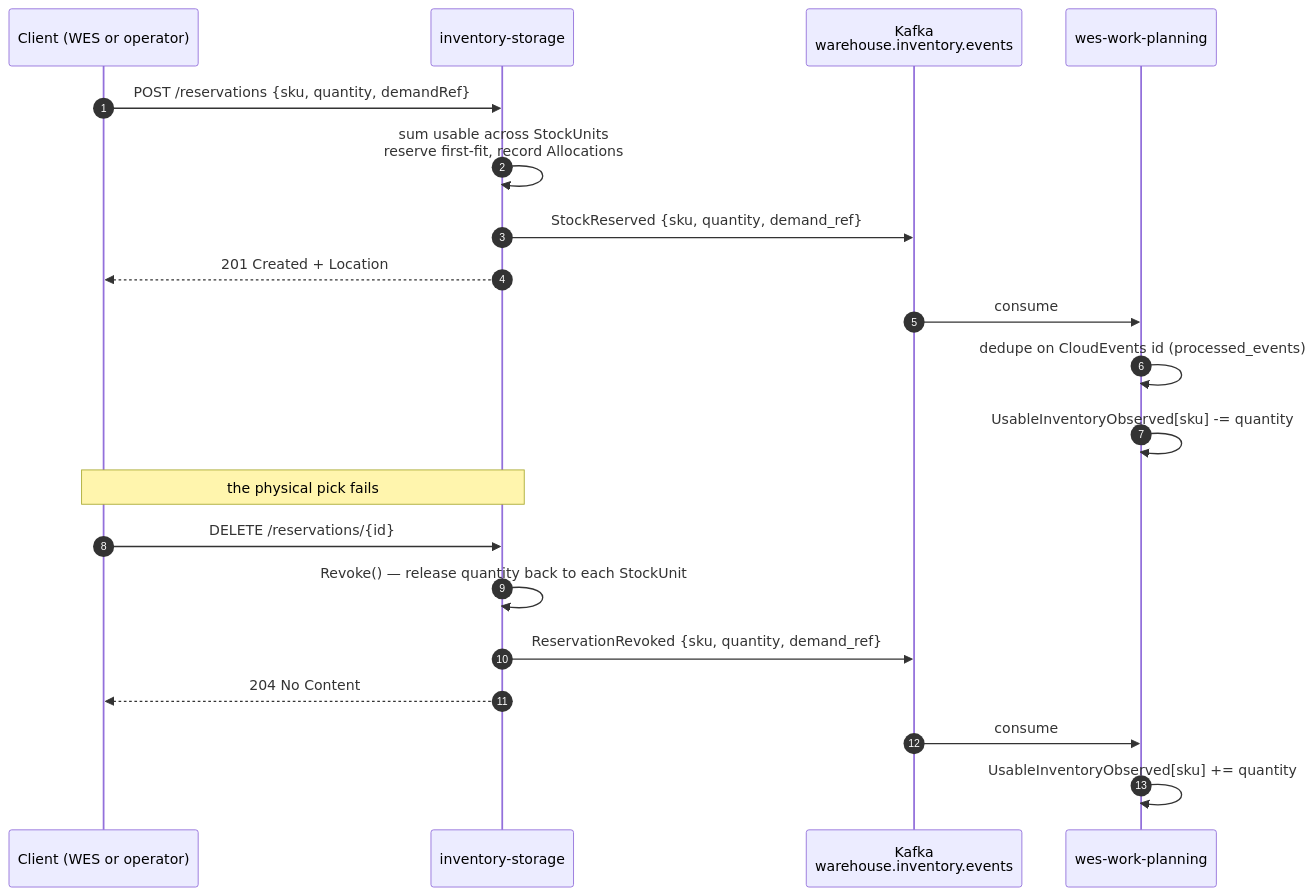
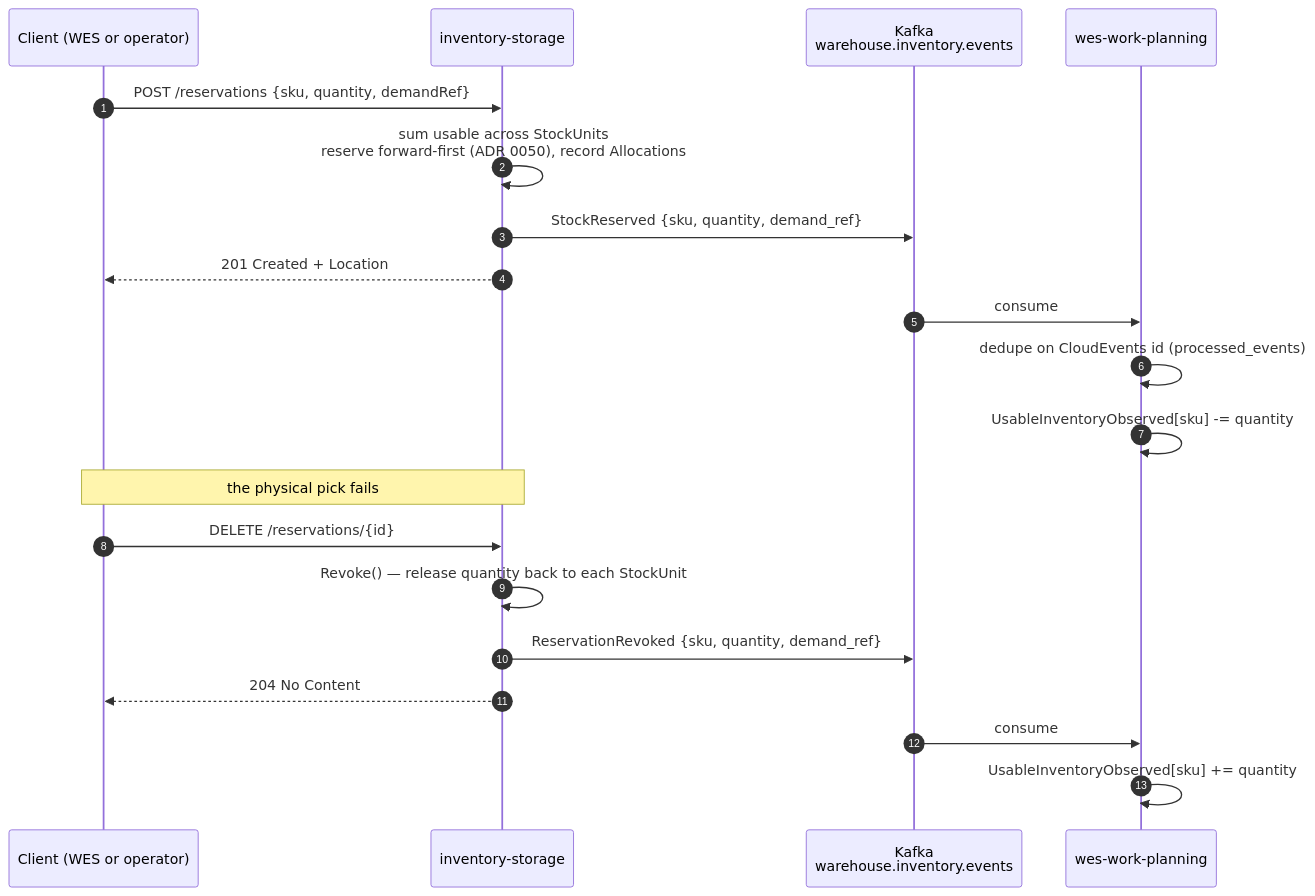
Before and after one commit to IQVO/inventory-storage: the diagram in docs/docs/ecosystem/integration.md, drawn with Mermaid. The commit also changed 29 other files, not shown here.

Commit message:
feat(allocation): reservations draw the forward pick face first (ADR 0050), fed by SlotPlanApproved

````diff
--- a/docs/docs/ecosystem/integration.md
+++ b/docs/docs/ecosystem/integration.md
@@ -228,24 +228,24 @@
 ```mermaid
 sequenceDiagram
     autonumber
     participant C as Client (WES or operator)
     participant I as inventory-storage
     participant K as Kafka<br/>warehouse.inventory.events
     participant W as wes-work-planning
 
     C->>I: POST /reservations {sku, quantity, demandRef}
-    I->>I: sum usable across StockUnits<br/>reserve first-fit, record Allocations
+    I->>I: sum usable across StockUnits<br/>reserve forward-first (ADR 0050), record Allocations
     I->>K: StockReserved {sku, quantity, demand_ref}
     I-->>C: 201 Created + Location
     K->>W: consume
     W->>W: dedupe on CloudEvents id (processed_events)
     W->>W: UsableInventoryObserved[sku] -= quantity
 
     Note over C,I: the physical pick fails
     C->>I: DELETE /reservations/{id}
     I->>I: Revoke() — release quantity back to each StockUnit
     I->>K: ReservationRevoked {sku, quantity, demand_ref}
     I-->>C: 204 No Content
     K->>W: consume
     W->>W: UsableInventoryObserved[sku] += quantity
 ```
````
